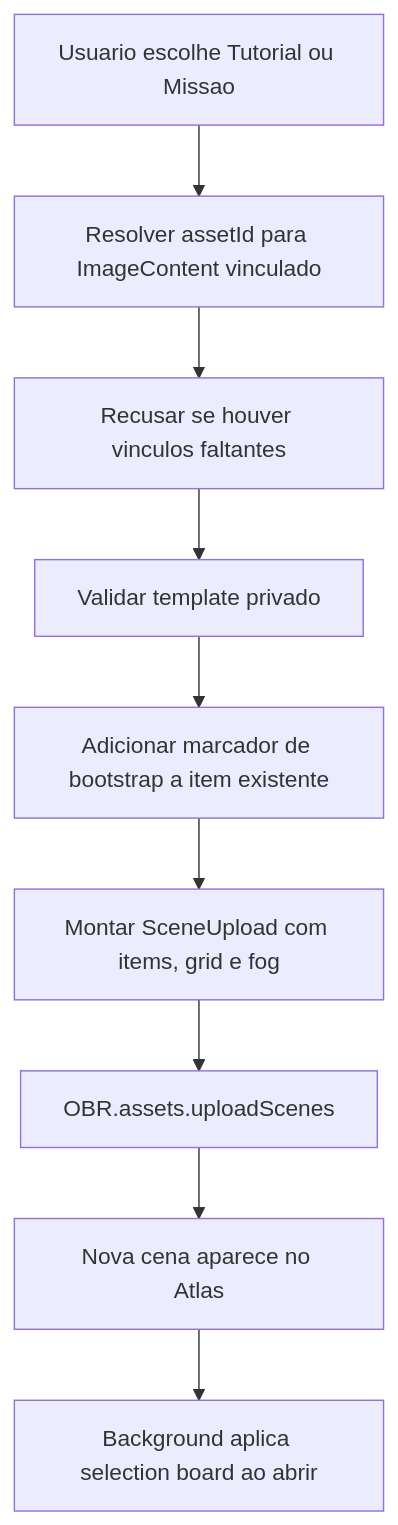
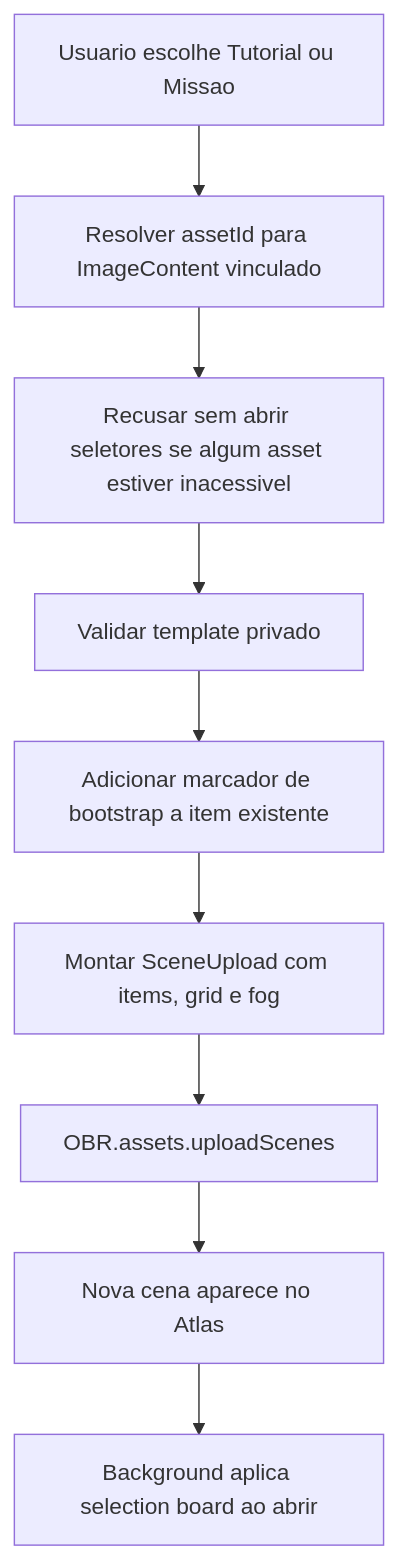
Before and after one commit to DemonRider0/Double-Sided-Cards: the sixth of 9 diagrams in docs/ARCHITECTURE.md, drawn with Mermaid. The commit also changed other lines of this file and 17 other files, not shown here.

````diff
--- a/docs/ARCHITECTURE.md
+++ b/docs/ARCHITECTURE.md
@@ -171,11 +171,11 @@
 ```mermaid
 flowchart TD
   A["Usuario escolhe Tutorial ou Missao"] --> B["Resolver assetId para ImageContent vinculado"]
-  B --> C["Recusar se houver vinculos faltantes"]
+  B --> C["Recusar sem abrir seletores se algum asset estiver inacessivel"]
   C --> D["Validar template privado"]
   D --> E["Adicionar marcador de bootstrap a item existente"]
   E --> F["Montar SceneUpload com items, grid e fog"]
   F --> G["OBR.assets.uploadScenes"]
   G --> H["Nova cena aparece no Atlas"]
   H --> I["Background aplica selection board ao abrir"]
 ```
````
